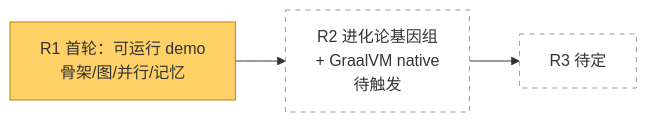
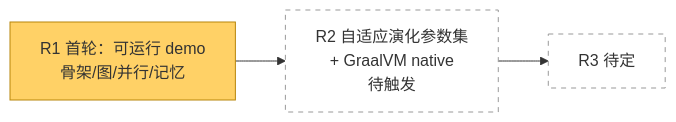
The first of 2 diagrams in loop/R1_91_progress.md (Lancelot726/jagent), drawn with Mermaid before and after one commit. The commit also changed other lines of this file and 24 other files, not shown here.

````diff
--- a/loop/R1_91_progress.md
+++ b/loop/R1_91_progress.md
@@ -7,12 +7,12 @@
 ```mermaid
 flowchart LR
-    R1["R1 首轮：可运行 demo<br/>骨架/图/并行/记忆"] --> R2["R2 进化论基因组<br/>+ GraalVM native<br/>待触发"]
+    R1["R1 首轮：可运行 demo<br/>骨架/图/并行/记忆"] --> R2["R2 自适应演化参数集<br/>+ GraalVM native<br/>待触发"]
     R2 --> R3["R3 待定"]
 
     classDef done fill:#b7e4c7,stroke:#2d6a4f
     classDef cur fill:#ffd166,stroke:#b8860b
     classDef todo fill:white,stroke:#999,stroke-dasharray:5 5
 
     class R1 cur
     class R2,R3 todo
 ```
````
